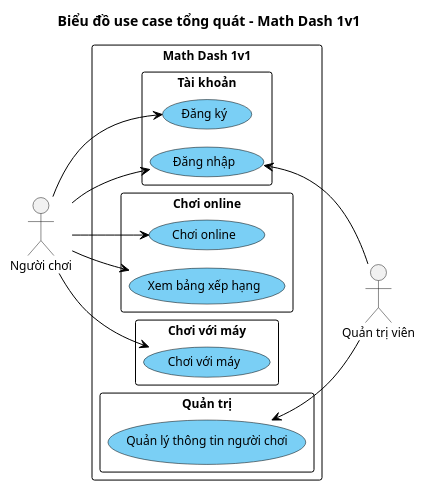
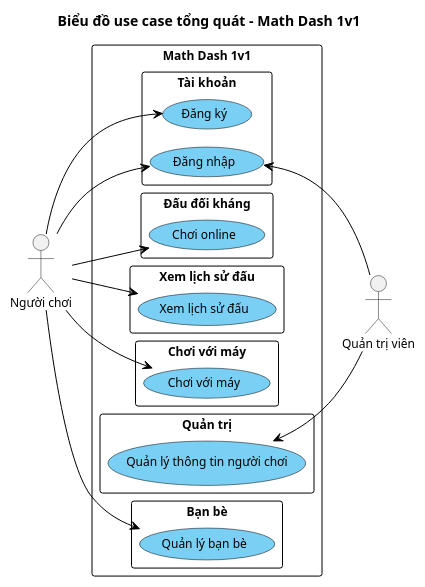
The diagram in docs/chung/uc-tong-quat.puml (HungNguyenBa1811/math-dash), drawn with PlantUML before and after one commit. The commit also changed 12 other files, not shown here.

First line of the commit message:
docs(M1-01,M1-02,M1-03): bản 6: chia lại module, Xem lịch sử đấu gộp bảng xếp hạng, thêm Quản lý bạn bè (Friendship, tblFriendship)

```diff
--- a/docs/chung/uc-tong-quat.puml
+++ b/docs/chung/uc-tong-quat.puml
@@ -1,54 +1,60 @@
 @startuml uc-tong-quat
 !pragma layout smetana
 ' === VP Base Theme v2 ===
 skinparam linetype ortho
 skinparam defaultFontName "Segoe UI"
 skinparam defaultFontSize 12
 skinparam shadowing false
 skinparam arrowColor #000000
 skinparam lineColor #000000
 hide circle
 
 skinparam usecase {
   BackgroundColor #7ACFF5
   BorderColor Black
   FontColor Black
 }
 
 skinparam rectangle {
   BackgroundColor #FFFFFF
   BorderColor Black
 }
 
 left to right direction
 skinparam packageStyle rectangle
 title Biểu đồ use case tổng quát – Math Dash 1v1
 
 actor "Người chơi" as A1
 actor "Quản trị viên" as A2
 
 rectangle "Math Dash 1v1" {
   rectangle "Tài khoản" {
     usecase "Đăng ký" as UC01
     usecase "Đăng nhập" as UC02
   }
-  rectangle "Chơi online" {
+  rectangle "Đấu đối kháng" {
     usecase "Chơi online" as UC03
-    usecase "Xem bảng xếp hạng" as UC04
+  }
+  rectangle "Xem lịch sử đấu" {
+    usecase "Xem lịch sử đấu" as UC04
   }
   rectangle "Chơi với máy" {
     usecase "Chơi với máy" as UC05
   }
   rectangle "Quản trị" {
     usecase "Quản lý thông tin người chơi" as UC06
+  }
+  rectangle "Bạn bè" {
+    usecase "Quản lý bạn bè" as UC07
   }
 }
 
 A1 --> UC01
 A1 --> UC02
 A1 --> UC03
 A1 --> UC04
 A1 --> UC05
+A1 --> UC07
 UC02 <-- A2
 UC06 <-- A2
 @enduml
```
